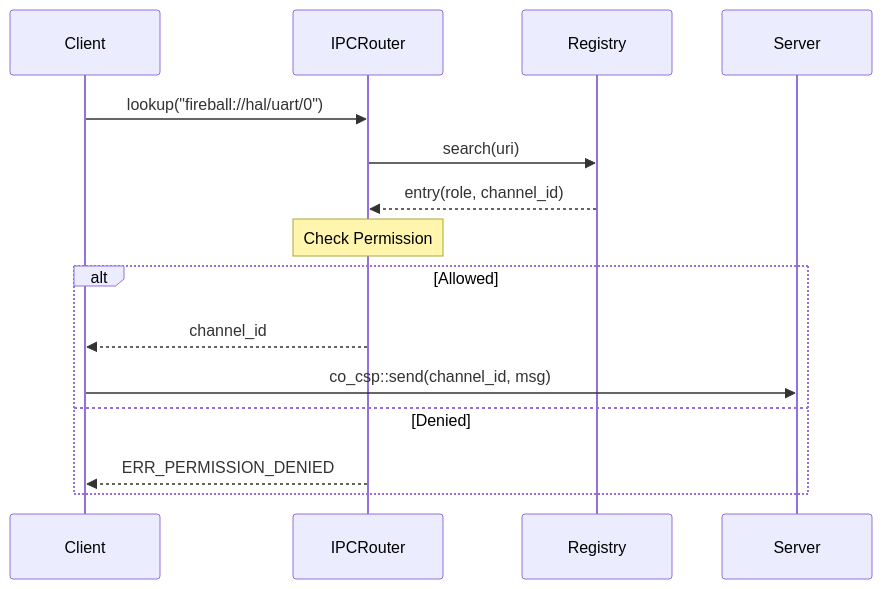
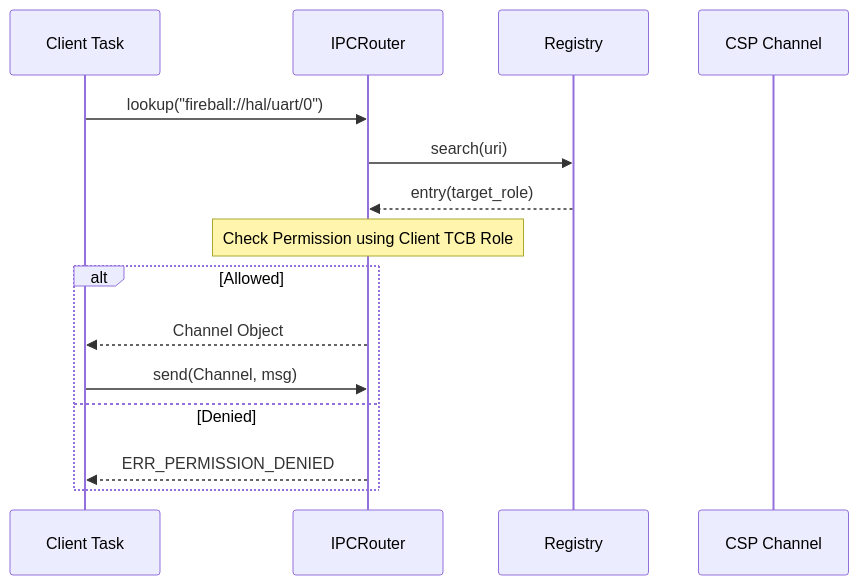
One commit to kmt-t/fireball changed the sixth of 7 diagrams in docs/components/tier1_interface/ipc_router.md. Above: the diagram before and after it, drawn with Mermaid. The commit also changed other lines of this file and 3 other files, not shown here.

Commit message:
docs(ipc): update ipc_router specification and concept code to eliminate role spoofing and use Channel objects

````diff
--- a/docs/components/tier1_interface/ipc_router.md
+++ b/docs/components/tier1_interface/ipc_router.md
@@ -518,18 +507,18 @@
 ```mermaid
 sequenceDiagram
-    participant C as Client
+    participant C as Client Task
     participant R as IPCRouter
     participant Reg as Registry
-    participant S as Server
+    participant Ch as CSP Channel
 
     C->>R: lookup("fireball://hal/uart/0")
     R->>Reg: search(uri)
-    Reg-->>R: entry(role, channel_id)
-    Note over R: Check Permission
+    Reg-->>R: entry(target_role)
+    Note over R: Check Permission using Client TCB Role
     alt Allowed
-        R-->>C: channel_id
-        C->>S: co_csp::send(channel_id, msg)
+        R-->>C: Channel Object
+        C->>R: send(Channel, msg)
     else Denied
         R-->>C: ERR_PERMISSION_DENIED
     end
 ```
````
